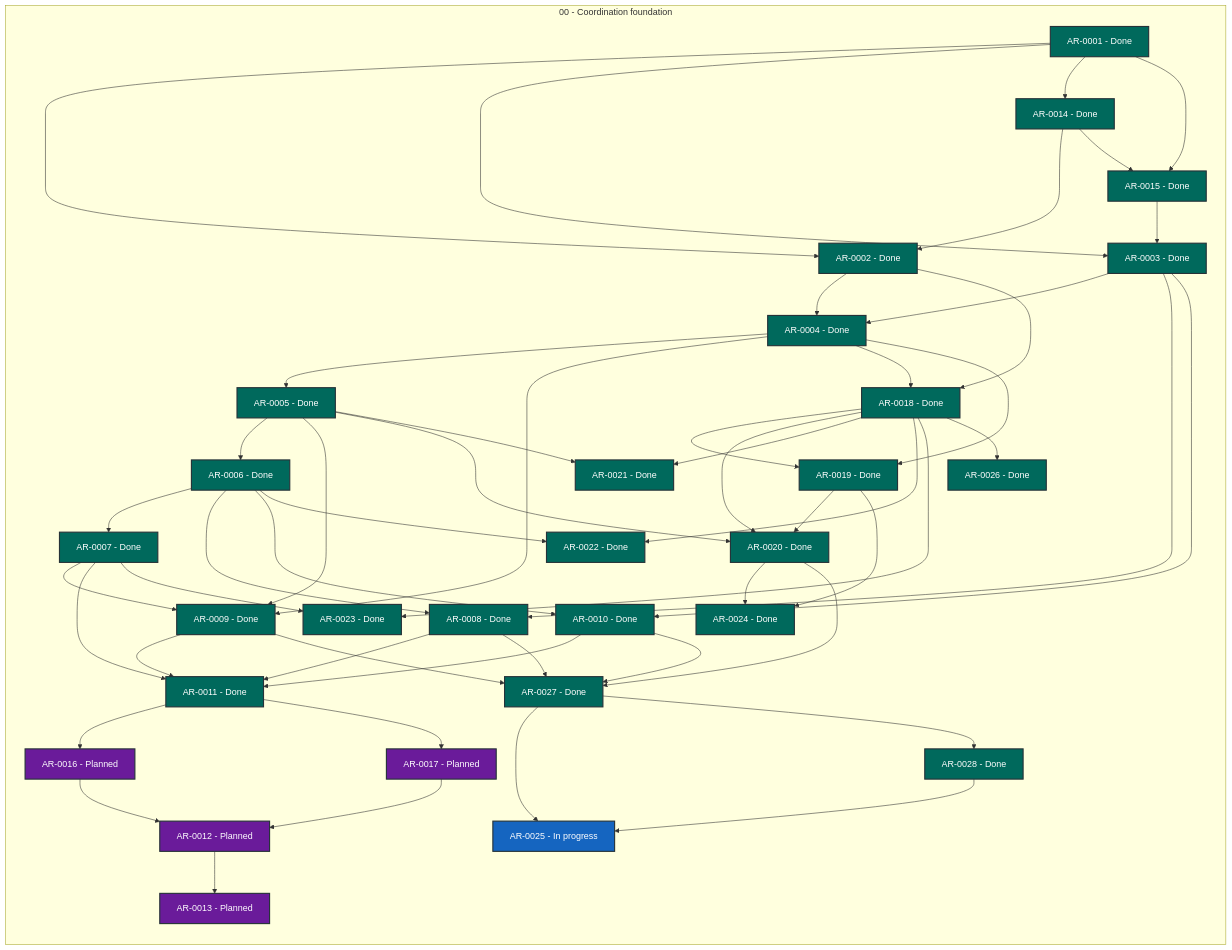
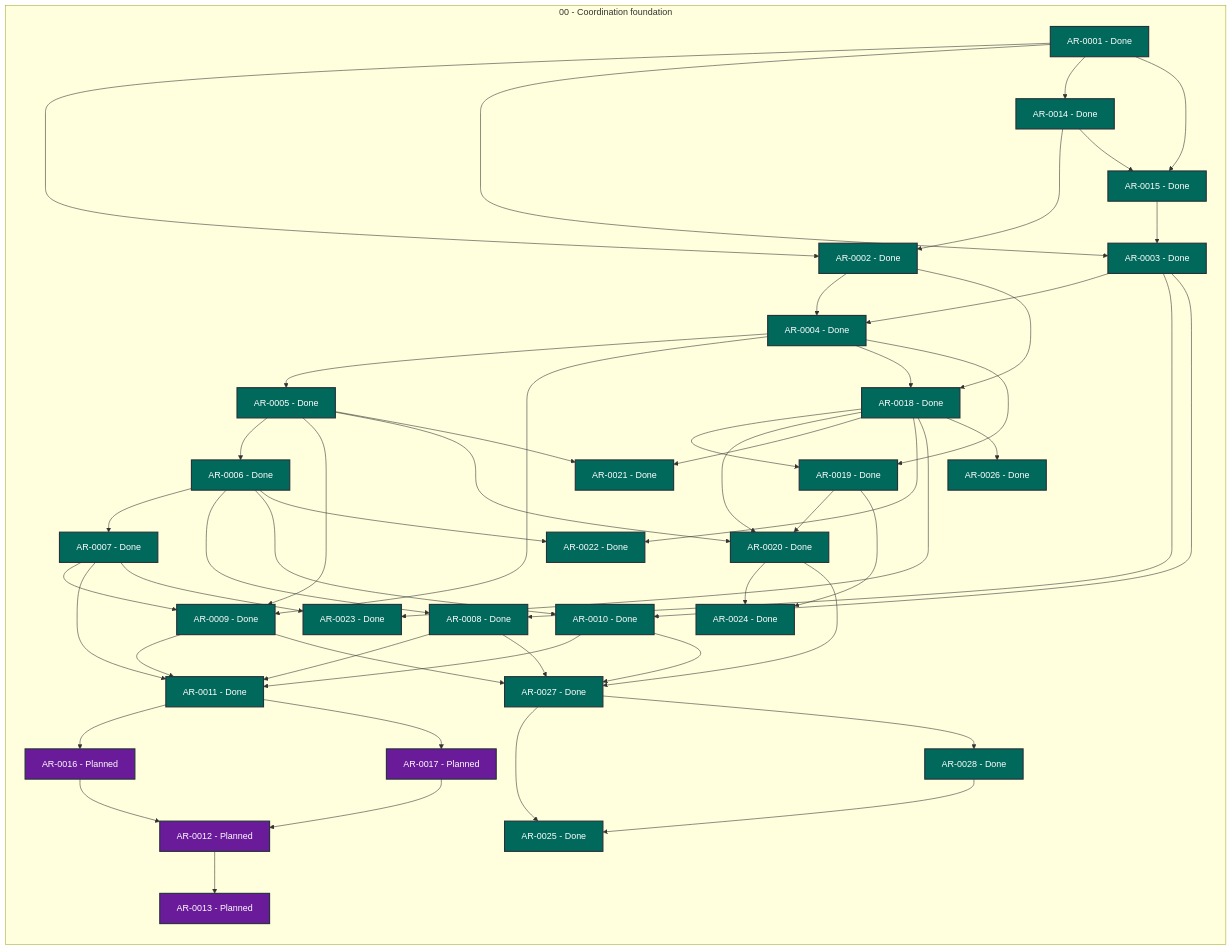
One commit to martin-beck/agent-workflow-tui-state changed the diagram in STATUS.md. Above: the diagram before and after it, drawn with Mermaid. The commit also changed other lines of this file and 2 other files, not shown here.

```diff
--- a/STATUS.md
+++ b/STATUS.md
@@ -52,7 +52,7 @@
         AR_0022["AR-0022 - Done"]:::status_done
         AR_0023["AR-0023 - Done"]:::status_done
         AR_0024["AR-0024 - Done"]:::status_done
-        AR_0025["AR-0025 - In progress"]:::status_in_progress
+        AR_0025["AR-0025 - Done"]:::status_done
         AR_0026["AR-0026 - Done"]:::status_done
         AR_0027["AR-0027 - Done"]:::status_done
         AR_0028["AR-0028 - Done"]:::status_done
```
